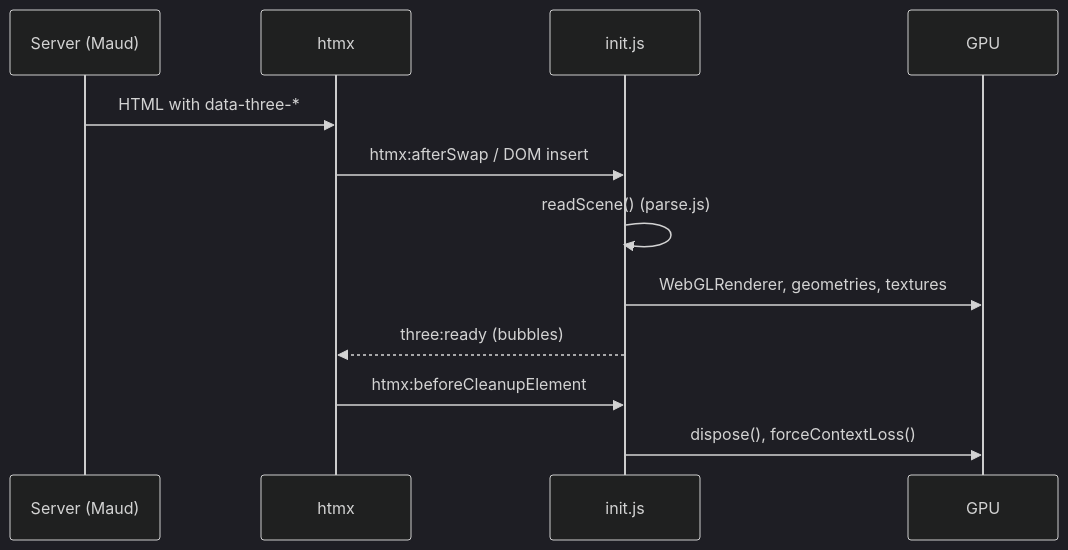
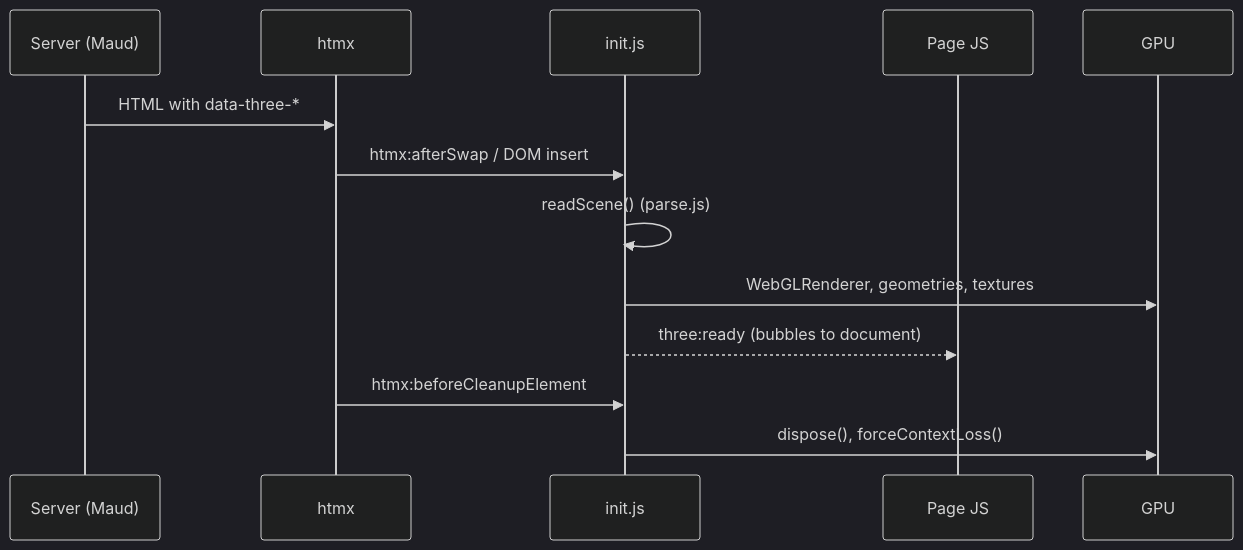
The diagram in docs/adr/0003-declarative-scene-runtime.md (autumn-foundation/autumn-plugin-three), drawn with Mermaid (dark theme) before and after one commit. The commit also changed other lines of this file and 26 other files, not shown here.

````diff
--- a/docs/adr/0003-declarative-scene-runtime.md
+++ b/docs/adr/0003-declarative-scene-runtime.md
@@ -37,14 +45,15 @@
 ```mermaid
 sequenceDiagram
     participant S as Server (Maud)
     participant H as htmx
     participant R as init.js
+    participant P as Page JS
     participant G as GPU
     S->>H: HTML with data-three-*
     H->>R: htmx:afterSwap / DOM insert
     R->>R: readScene() (parse.js)
     R->>G: WebGLRenderer, geometries, textures
-    R-->>H: three:ready (bubbles)
+    R-->>P: three:ready (bubbles to document)
     H->>R: htmx:beforeCleanupElement
     R->>G: dispose(), forceContextLoss()
 ```
````
